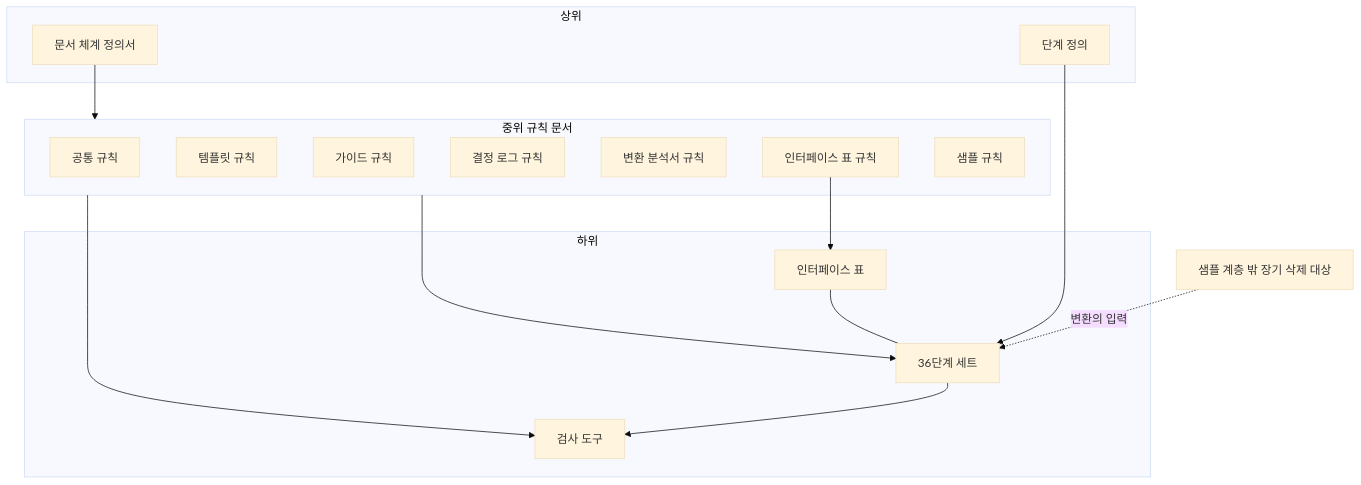
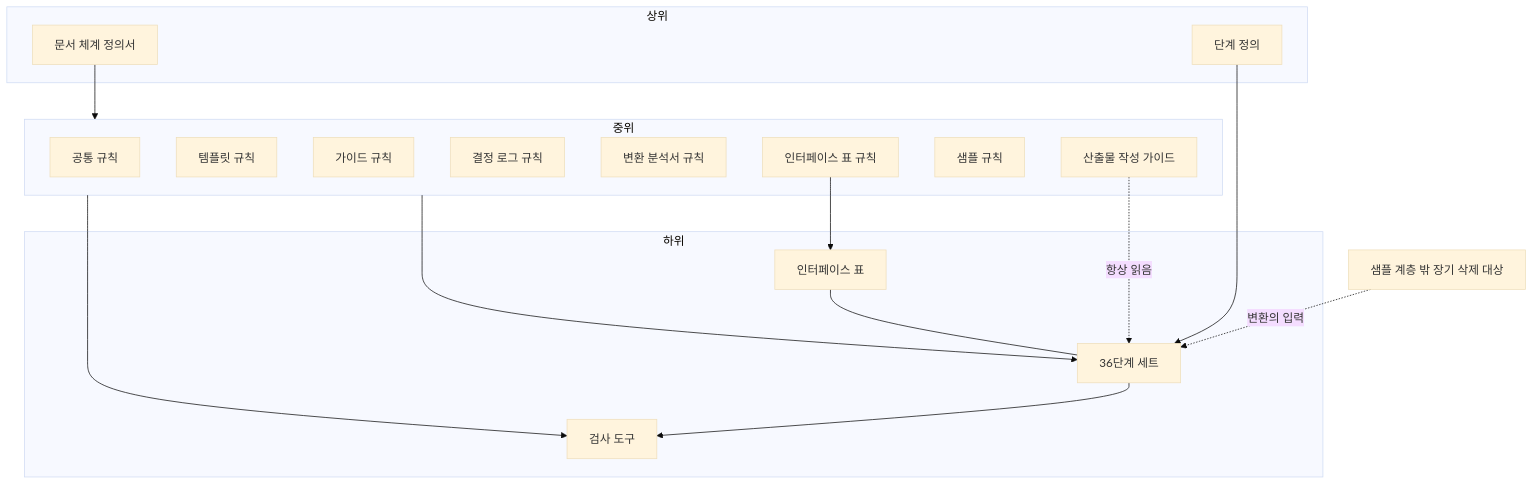
The first of 2 diagrams in docs/문서_체계_정의서.md (stimpaked/Git_Test_Project), drawn with Mermaid (base theme) before and after one commit. The commit also changed other lines of this file and 2 other files, not shown here.

First line of the commit message:
문서 체계 정의서 v1.2: 공통 가이드 추가, 정의서 결정 로그 생성

````diff
--- a/docs/문서_체계_정의서.md
+++ b/docs/문서_체계_정의서.md
@@ -48,29 +58,31 @@
 ```mermaid
 flowchart TB
   subgraph TOP[상위]
     D[문서 체계 정의서]
     SD[단계 정의]
   end
-  subgraph MID[중위 규칙 문서]
+  subgraph MID[중위]
     R1[공통 규칙]
     R2[템플릿 규칙]
     R3[가이드 규칙]
     R4[결정 로그 규칙]
     R5[변환 분석서 규칙]
     R6[인터페이스 표 규칙]
     R7[샘플 규칙]
+    CG[산출물 작성 가이드]
   end
   subgraph LOW[하위]
     SET[36단계 세트]
     IF[인터페이스 표]
     TL[검사 도구]
   end
   D --> MID
   SD --> SET
   MID --> SET
   R6 --> IF
   IF --- SET
   MID --> TL
   SET --> TL
+  CG -. 항상 읽음 .-> SET
   SMP[샘플 계층 밖 장기 삭제 대상] -. 변환의 입력 .-> SET
 ```
````
